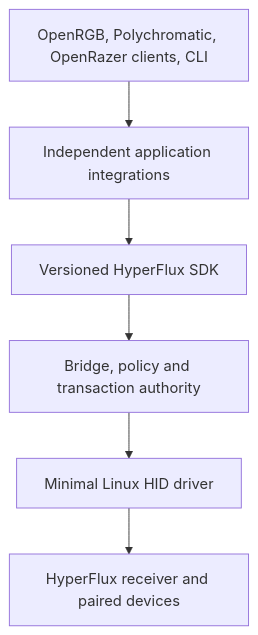
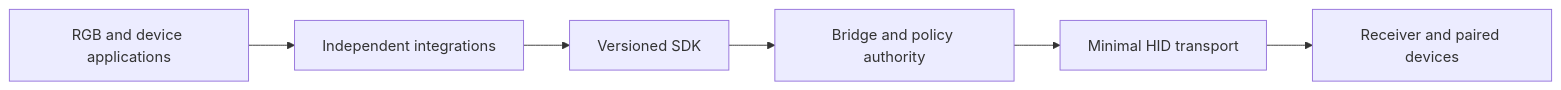
The diagram in README.md (offalexjackson777-stack/hyperflux-next), drawn with Mermaid before and after one commit. The commit also changed other lines of this file and 11 other files, not shown here.

````diff
--- a/README.md
+++ b/README.md
@@ -15,10 +21,10 @@
 ```mermaid
-flowchart TB
-    Apps["OpenRGB, Polychromatic, OpenRazer clients, CLI"]
-    Integrations["Independent application integrations"]
-    SDK["Versioned HyperFlux SDK"]
-    Bridge["Bridge, policy and transaction authority"]
-    Kernel["Minimal Linux HID driver"]
-    Receiver["HyperFlux receiver and paired devices"]
+flowchart LR
+    Apps["RGB and device applications"]
+    Integrations["Independent integrations"]
+    SDK["Versioned SDK"]
+    Bridge["Bridge and policy authority"]
+    Kernel["Minimal HID transport"]
+    Receiver["Receiver and paired devices"]
     Apps --> Integrations --> SDK --> Bridge --> Kernel --> Receiver
 ```
````
